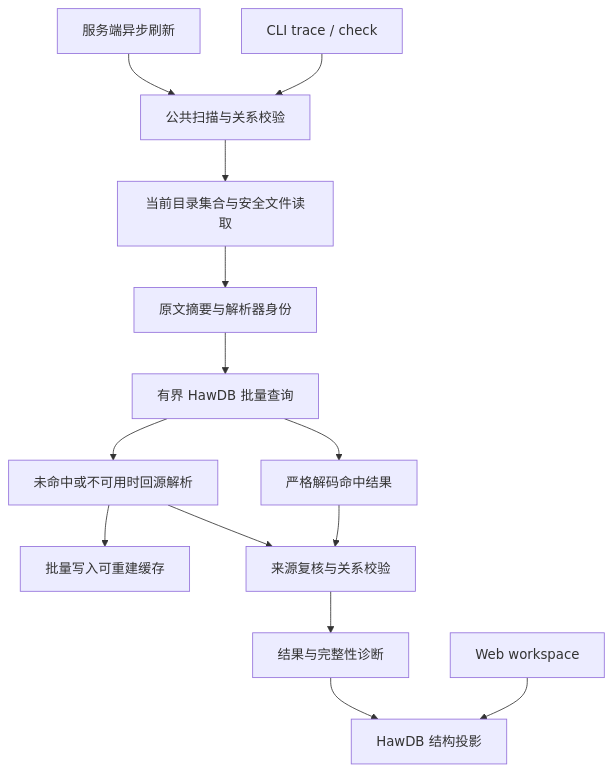
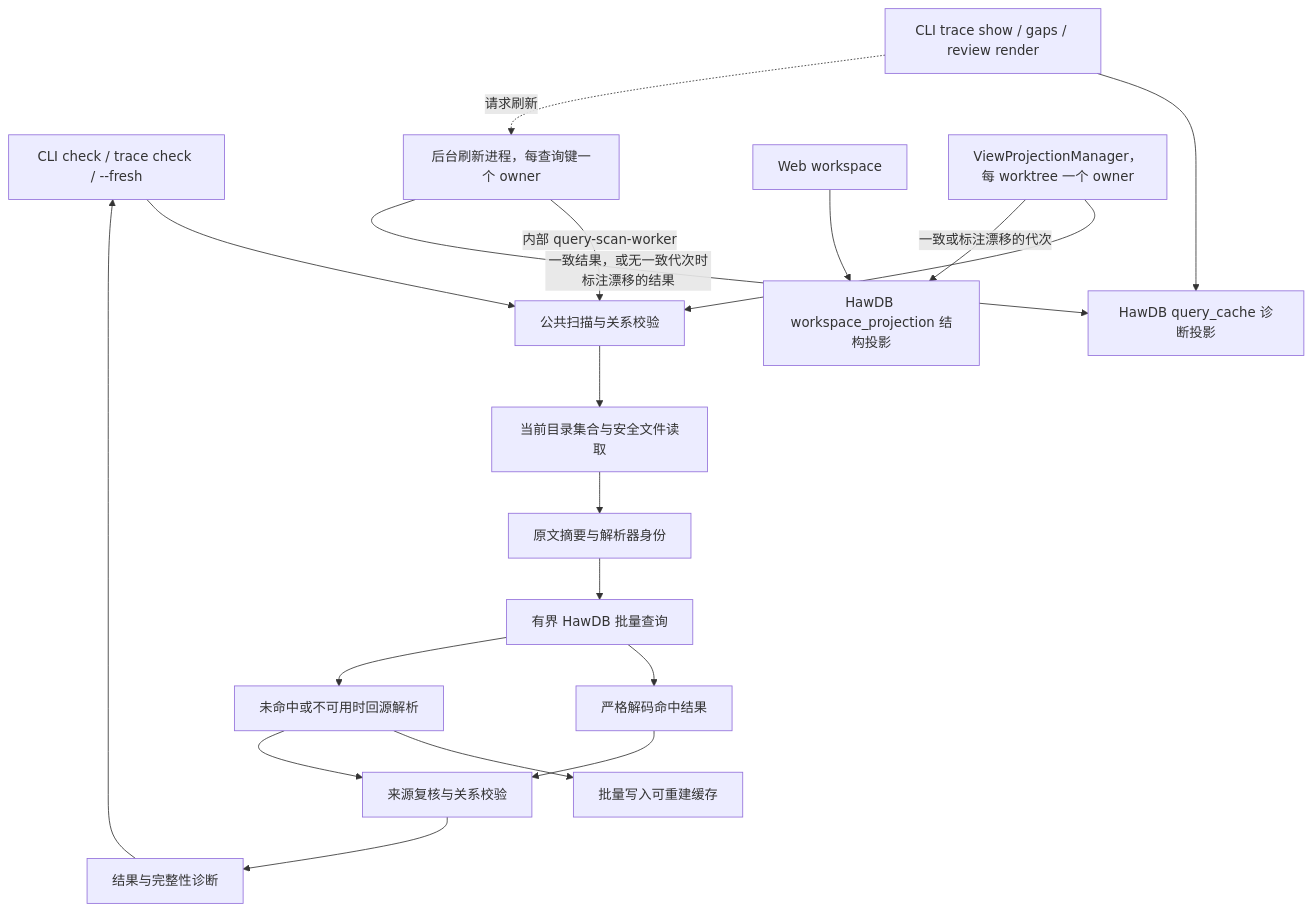
One commit to CorrectRoadH/Concord changed the diagram in docs/architecture.md. Above: the diagram before and after it, drawn with Mermaid. The commit also changed other lines of this file and 69 other files, not shown here.

````diff
--- a/docs/architecture.md
+++ b/docs/architecture.md
@@ -86,16 +86,21 @@
 ```mermaid
 flowchart TD
-  CLI[CLI trace / check] --> Scan[公共扫描与关系校验]
-  Web[Web workspace] --> Projection[HawDB 结构投影]
-  Refresh[服务端异步刷新] --> Scan
-  Result --> Projection
+  Check[CLI check / trace check / --fresh] --> Scan[公共扫描与关系校验]
+  Query[CLI trace show / gaps / review render] --> QueryCache[HawDB query_cache 诊断投影]
+  Query -. 请求刷新 .-> QueryRefresh[后台刷新进程，每查询键一个 owner]
+  QueryRefresh -->|内部 query-scan-worker| Scan
+  QueryRefresh -->|一致结果，或无一致代次时标注漂移的结果| QueryCache
+  Web[Web workspace] --> WorkspaceCache[HawDB workspace_projection 结构投影]
+  WorkspaceRefresh[ViewProjectionManager，每 worktree 一个 owner] --> Scan
+  WorkspaceRefresh -->|一致或标注漂移的代次| WorkspaceCache
   Scan --> Sources[当前目录集合与安全文件读取]
   Sources --> Keys[原文摘要与解析器身份]
   Keys --> Cache[有界 HawDB 批量查询]
   Cache --> Decode[严格解码命中结果]
   Cache --> Parse[未命中或不可用时回源解析]
   Parse --> Write[批量写入可重建缓存]
   Decode --> Validate[来源复核与关系校验]
   Parse --> Validate
   Validate --> Result[结果与完整性诊断]
+  Result --> Check
 ```
````
